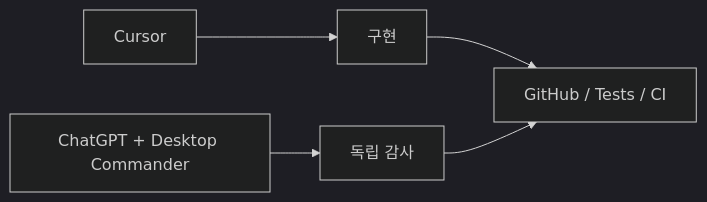
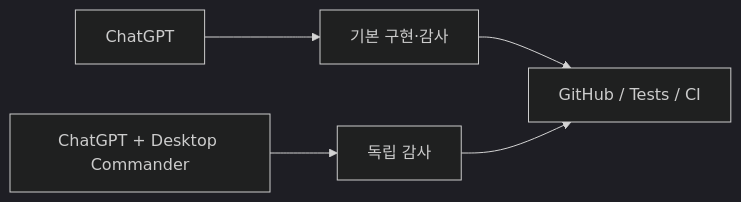
The second of 2 diagrams in ko/remote-audit.mdx (datarelay-labs/engineering-system-docs), drawn with Mermaid (dark theme) before and after one commit. The commit also changed other lines of this file and 21 other files, not shown here.

Commit message:
docs: make ChatGPT the default implementation path

```diff
--- a/ko/remote-audit.mdx
+++ b/ko/remote-audit.mdx
@@ -60,7 +60,7 @@
 ~~~mermaid
 flowchart LR
-    A["Cursor"] --> B["구현"]
+    A["ChatGPT"] --> B["기본 구현·감사"]
     B --> C["GitHub / Tests / CI"]
     D["ChatGPT + Desktop Commander"] --> E["독립 감사"]
     E --> C
 ~~~
```
